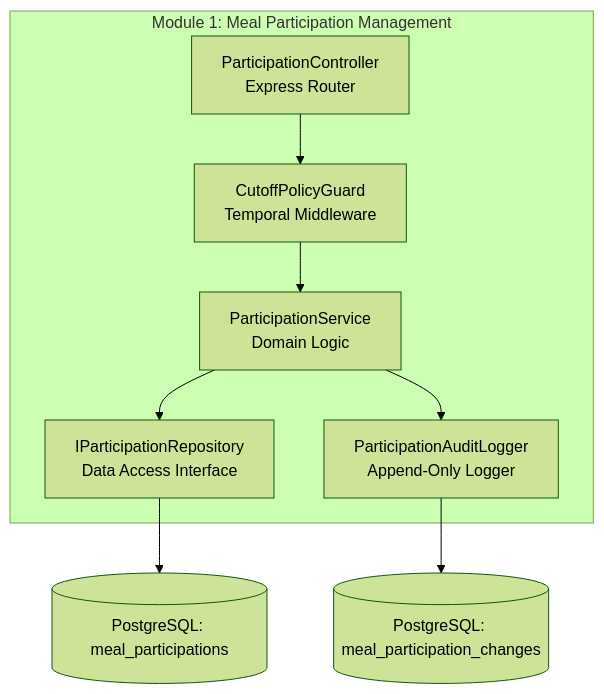
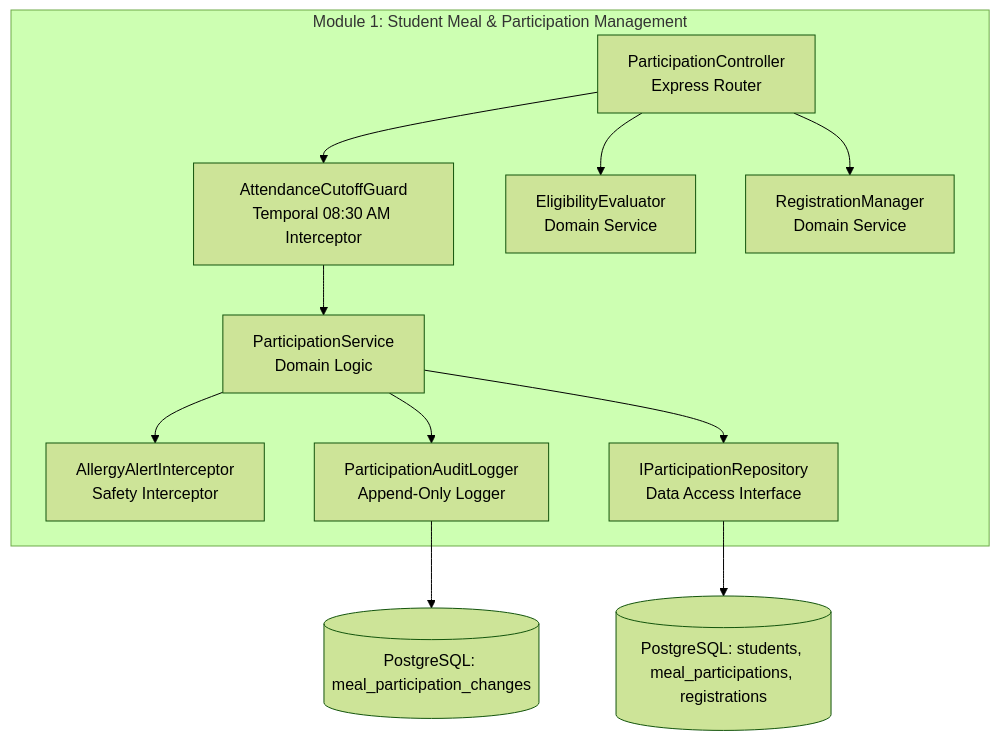
One commit to Bernie-TruongTQ/PRIMARY_SCHOOL_SEMI-BOARDING_MEAL_MANAGEMENT_SYSTEM changed the second of 4 diagrams in arc42/05-building-block-view.md. Above: the diagram before and after it, drawn with Mermaid (forest theme). The commit also changed other lines of this file and 12 other files, not shown here.

Commit message:
docs: add arc42 architecture documentation files

````diff
--- a/arc42/05-building-block-view.md
+++ b/arc42/05-building-block-view.md
@@ -78,17 +76,23 @@
 ```mermaid
 graph TD
-    subgraph Module1 ["Module 1: Meal Participation Management"]
+    subgraph Module1 ["Module 1: Student Meal & Participation Management"]
         Ctrl1["ParticipationController<br/>Express Router"]
-        Guard1["CutoffPolicyGuard<br/>Temporal Middleware"]
+        Guard1["AttendanceCutoffGuard<br/>Temporal 08:30 AM Interceptor"]
         Svc1["ParticipationService<br/>Domain Logic"]
+        Elig1["EligibilityEvaluator<br/>Domain Service"]
+        Reg1["RegistrationManager<br/>Domain Service"]
+        Allergy1["AllergyAlertInterceptor<br/>Safety Interceptor"]
+        Audit1["ParticipationAuditLogger<br/>Append-Only Logger"]
         Repo1["IParticipationRepository<br/>Data Access Interface"]
-        Audit1["ParticipationAuditLogger<br/>Append-Only Logger"]
     end
 
     Ctrl1 --> Guard1
     Guard1 --> Svc1
+    Ctrl1 --> Elig1
+    Ctrl1 --> Reg1
+    Svc1 --> Allergy1
+    Svc1 --> Audit1
     Svc1 --> Repo1
-    Svc1 --> Audit1
-    Repo1 --> DB1[("PostgreSQL: meal_participations")]
+    Repo1 --> DB1[("PostgreSQL: students, meal_participations, registrations")]
     Audit1 --> DB2[("PostgreSQL: meal_participation_changes")]
 ```
````
